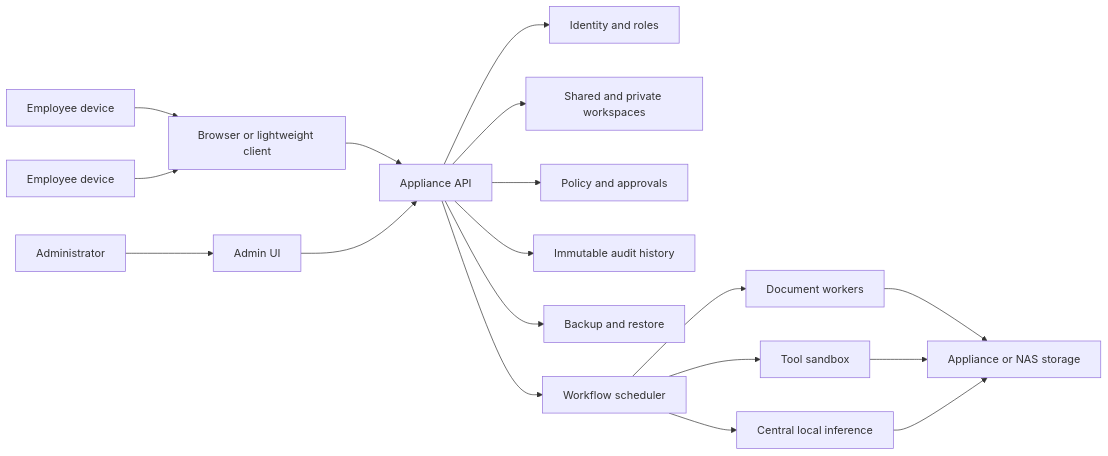
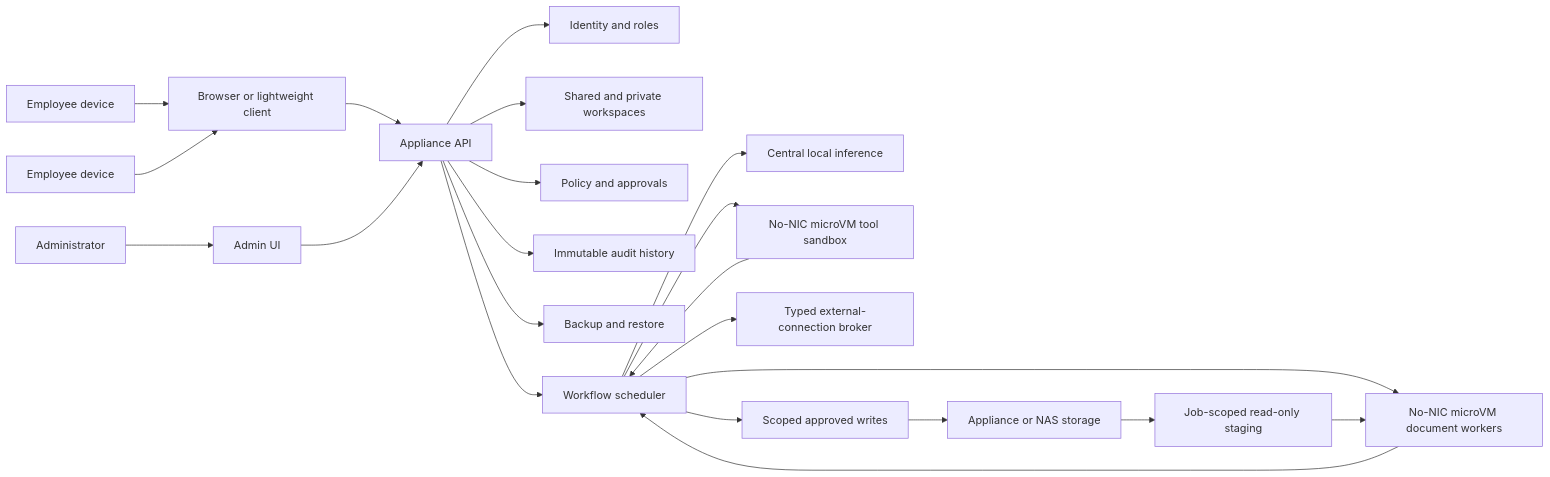
Before and after one commit to alex-alecu/vault-desk: the diagram in docs/diagrams/office-appliance.md, drawn with Mermaid. The commit also changed other lines of this file and 14 other files, not shown here.

Commit message:
docs: require no-NIC microVM sandbox

````diff
--- a/docs/diagrams/office-appliance.md
+++ b/docs/diagrams/office-appliance.md
@@ -5,24 +5,28 @@
 ```mermaid
 flowchart LR
     EmployeeA["Employee device"] --> WebClient["Browser or lightweight client"]
     EmployeeB["Employee device"] --> WebClient
     Admin["Administrator"] --> AdminUI["Admin UI"]
 
     WebClient --> ApplianceAPI["Appliance API"]
     AdminUI --> ApplianceAPI
 
     ApplianceAPI --> Identity["Identity and roles"]
     ApplianceAPI --> Workspaces["Shared and private workspaces"]
     ApplianceAPI --> Policy["Policy and approvals"]
     ApplianceAPI --> Audit["Immutable audit history"]
     ApplianceAPI --> Backup["Backup and restore"]
     ApplianceAPI --> Scheduler["Workflow scheduler"]
 
-    Scheduler --> DocumentWorkers["Document workers"]
+    Scheduler --> DocumentWorkers["No-NIC microVM document workers"]
     Scheduler --> Inference["Central local inference"]
-    Scheduler --> ToolSandbox["Tool sandbox"]
+    Scheduler --> ToolSandbox["No-NIC microVM tool sandbox"]
+    Scheduler --> NetworkBroker["Typed external-connection broker"]
 
-    DocumentWorkers --> Storage["Appliance or NAS storage"]
-    ToolSandbox --> Storage
-    Inference --> Storage
+    Storage["Appliance or NAS storage"] --> Staging["Job-scoped read-only staging"]
+    Staging --> DocumentWorkers
+    DocumentWorkers --> Scheduler
+    ToolSandbox --> Scheduler
+    Scheduler --> ScopedWrites["Scoped approved writes"]
+    ScopedWrites --> Storage
 ```
````
